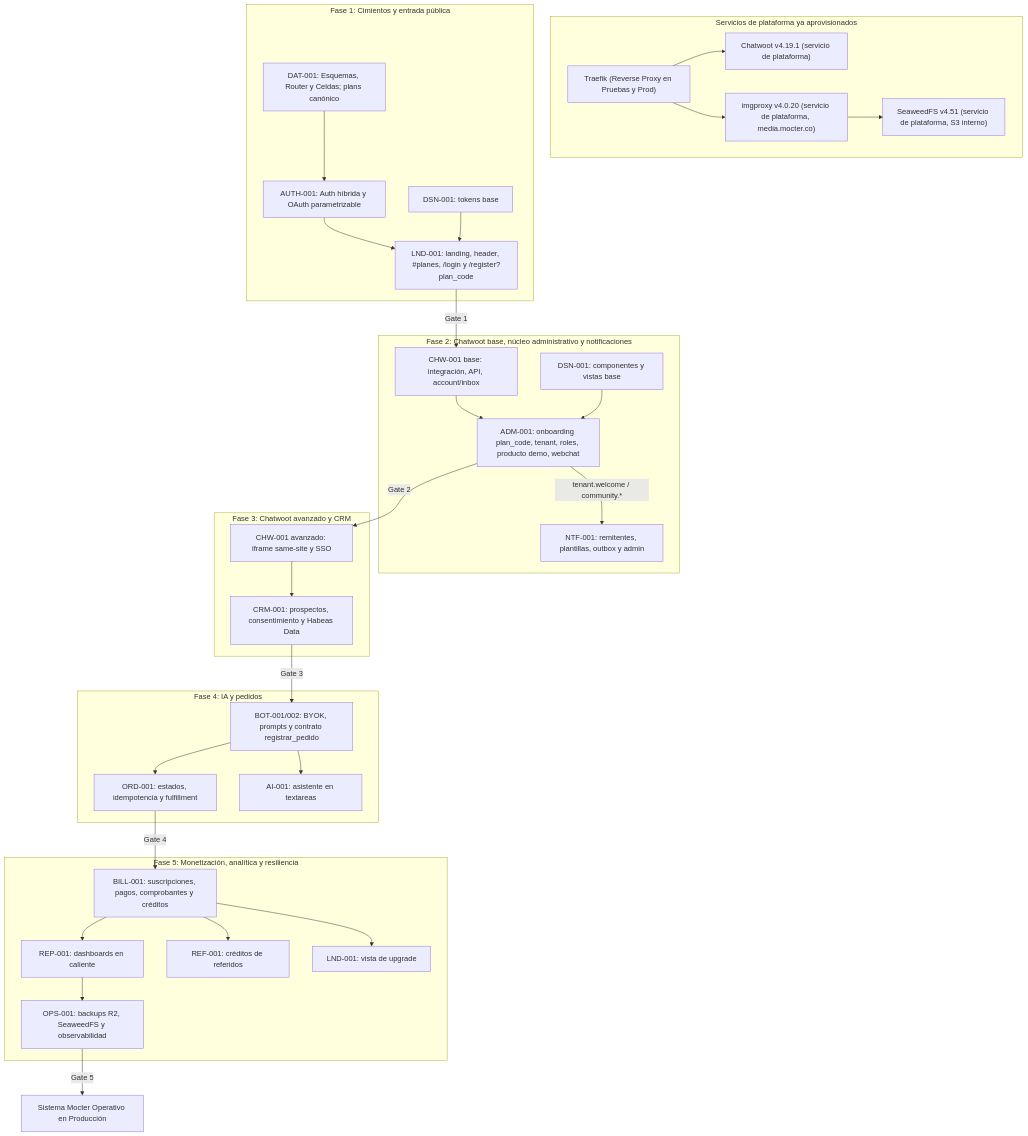
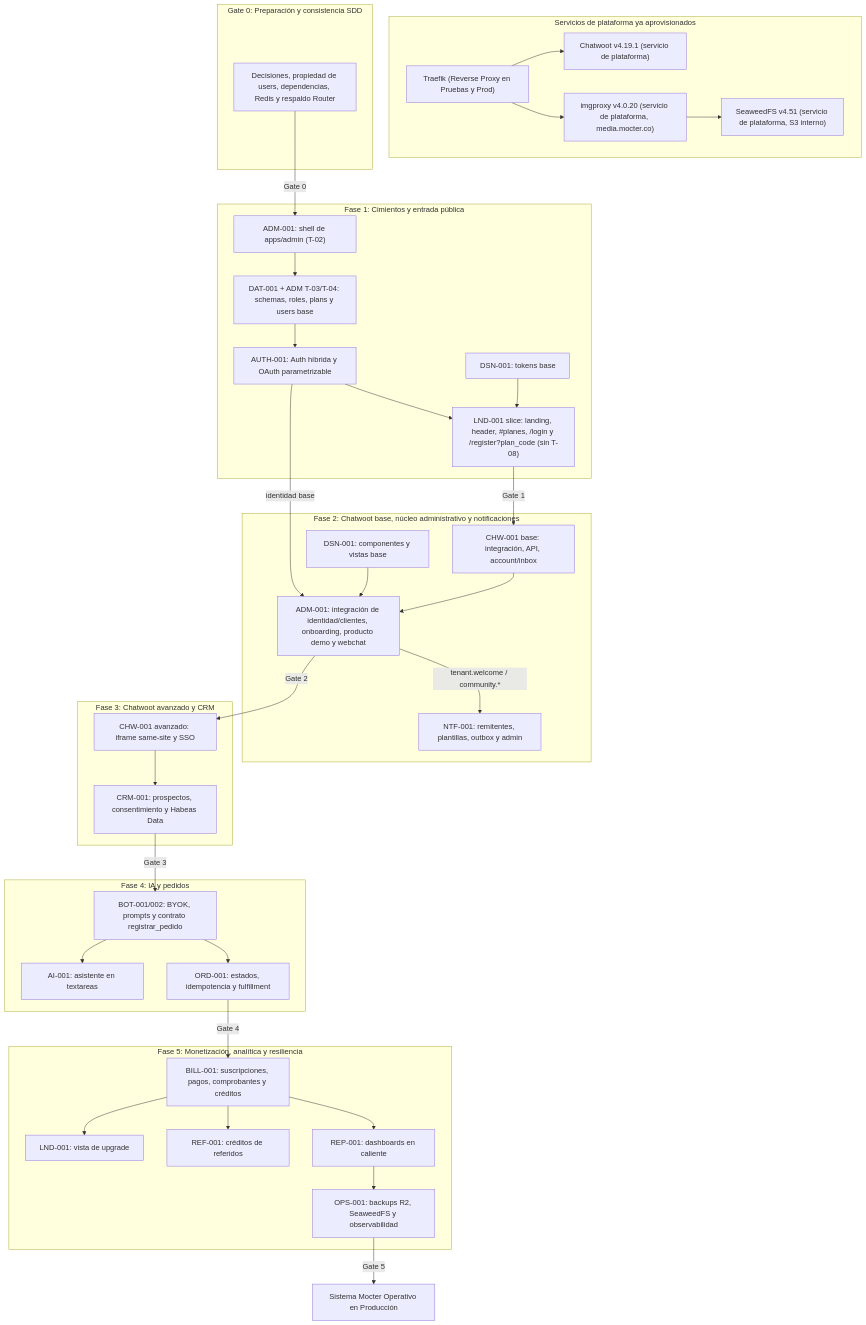
One commit to EnuarRosales/landig-agencia changed the diagram in docs/plan_maestro_implementacion.md. Above: the diagram before and after it, drawn with Mermaid. The commit also changed other lines of this file and 9 other files, not shown here.

Commit message:
docs(sdd): close Gate 0 with mocter-core hosting, users ownership, and AUTH/ADM sequencing

````diff
--- a/docs/plan_maestro_implementacion.md
+++ b/docs/plan_maestro_implementacion.md
@@ -31,64 +32,72 @@
 ```mermaid
 flowchart TD
     subgraph INFRA ["Servicios de plataforma ya aprovisionados"]
         INFRA_TRAEFIK["Traefik (Reverse Proxy en Pruebas y Prod)"]
         INFRA_CHW["Chatwoot v4.19.1 (servicio de plataforma)"]
         INFRA_FS["SeaweedFS v4.51 (servicio de plataforma, S3 interno)"]
         INFRA_IMG["imgproxy v4.0.20 (servicio de plataforma, media.mocter.co)"]
         INFRA_TRAEFIK --> INFRA_CHW
         INFRA_TRAEFIK --> INFRA_IMG
         INFRA_IMG --> INFRA_FS
     end
 
+    subgraph FASE0 ["Gate 0: Preparación y consistencia SDD"]
+        F0_GATE["Decisiones, propiedad de users, dependencias, Redis y respaldo Router"]
+    end
+
     subgraph FASE1 ["Fase 1: Cimientos y entrada pública"]
-        F1_DAT["DAT-001: Esquemas, Router y Celdas; plans canónico"]
+        F1_ADM["ADM-001: shell de apps/admin (T-02)"]
+        F1_DAT["DAT-001 + ADM T-03/T-04: schemas, roles, plans y users base"]
         F1_AUTH["AUTH-001: Auth híbrida y OAuth parametrizable"]
         F1_DSN["DSN-001: tokens base"]
-        F1_LND["LND-001: landing, header, #planes, /login y /register?plan_code"]
+        F1_LND["LND-001 slice: landing, header, #planes, /login y /register?plan_code (sin T-08)"]
+        F1_ADM --> F1_DAT
         F1_DAT --> F1_AUTH
         F1_AUTH --> F1_LND
         F1_DSN --> F1_LND
     end
 
     subgraph FASE2 ["Fase 2: Chatwoot base, núcleo administrativo y notificaciones"]
         F2_CHW["CHW-001 base: integración, API, account/inbox"]
-        F2_ADM["ADM-001: onboarding plan_code, tenant, roles, producto demo, webchat"]
+        F2_ADM["ADM-001: integración de identidad/clientes, onboarding, producto demo y webchat"]
         F2_DSN["DSN-001: componentes y vistas base"]
         F2_NTF["NTF-001: remitentes, plantillas, outbox y admin"]
         F2_CHW --> F2_ADM
         F2_DSN --> F2_ADM
         F2_ADM -->|tenant.welcome / community.*| F2_NTF
     end
 
     subgraph FASE3 ["Fase 3: Chatwoot avanzado y CRM"]
         F3_CHW["CHW-001 avanzado: iframe same-site y SSO"]
         F3_CRM["CRM-001: prospectos, consentimiento y Habeas Data"]
         F3_CHW --> F3_CRM
     end
 
     subgraph FASE4 ["Fase 4: IA y pedidos"]
         F4_BOT["BOT-001/002: BYOK, prompts y contrato registrar_pedido"]
         F4_ORD["ORD-001: estados, idempotencia y fulfillment"]
         F4_AI["AI-001: asistente en textareas"]
         F4_BOT --> F4_ORD
         F4_BOT --> F4_AI
     end
 
     subgraph FASE5 ["Fase 5: Monetización, analítica y resiliencia"]
         F5_BILL["BILL-001: suscripciones, pagos, comprobantes y créditos"]
         F5_REP["REP-001: dashboards en caliente"]
         F5_REF["REF-001: créditos de referidos"]
         F5_OPS["OPS-001: backups R2, SeaweedFS y observabilidad"]
         F5_LND["LND-001: vista de upgrade"]
         F5_BILL --> F5_REP
         F5_BILL --> F5_REF
         F5_REP --> F5_OPS
         F5_BILL --> F5_LND
     end
 
+    F0_GATE -->|Gate 0| F1_ADM
+    F1_AUTH -->|identidad base| F2_ADM
     F1_LND -->|Gate 1| F2_CHW
     F2_ADM -->|Gate 2| F3_CHW
     F3_CRM -->|Gate 3| F4_BOT
     F4_ORD -->|Gate 4| F5_BILL
     F5_OPS -->|Gate 5| SistemaCompletado["Sistema Mocter Operativo en Producción"]
 ```
````
